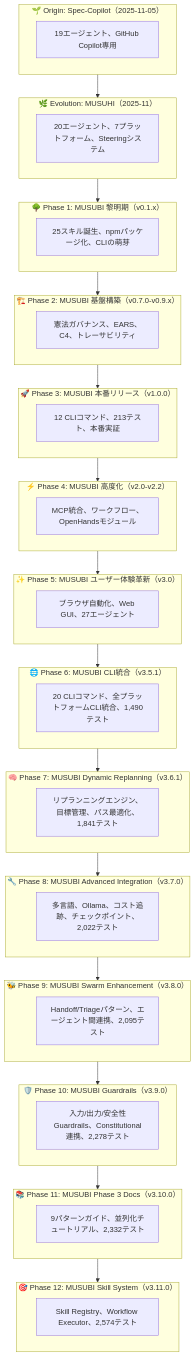
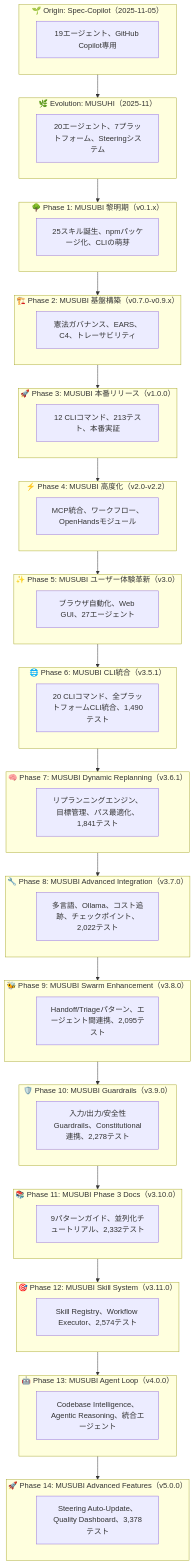
The seventh of 7 diagrams in docs/Qiita/MUSUBI-Complete-Evolution-History.md (nahisaho/MUSUBI), drawn with Mermaid before and after one commit. The commit also changed other lines of this file and 2 other files, not shown here.

````diff
--- a/docs/Qiita/MUSUBI-Complete-Evolution-History.md
+++ b/docs/Qiita/MUSUBI-Complete-Evolution-History.md
@@ -2256,46 +2286,52 @@
 ```mermaid
 flowchart TB
     subgraph Origin["🌱 Origin: Spec-Copilot（2025-11-05）"]
         O1["19エージェント、GitHub Copilot専用"]
     end
     subgraph Evolution["🌿 Evolution: MUSUHI（2025-11）"]
         E1["20エージェント、7プラットフォーム、Steeringシステム"]
     end
     subgraph Phase1["🌳 Phase 1: MUSUBI 黎明期（v0.1.x）"]
         P1["25スキル誕生、npmパッケージ化、CLIの萌芽"]
     end
     subgraph Phase2["🏗️ Phase 2: MUSUBI 基盤構築（v0.7.0-v0.9.x）"]
         P2["憲法ガバナンス、EARS、C4、トレーサビリティ"]
     end
     subgraph Phase3["🚀 Phase 3: MUSUBI 本番リリース（v1.0.0）"]
         P3["12 CLIコマンド、213テスト、本番実証"]
     end
     subgraph Phase4["⚡ Phase 4: MUSUBI 高度化（v2.0-v2.2）"]
         P4["MCP統合、ワークフロー、OpenHandsモジュール"]
     end
     subgraph Phase5["✨ Phase 5: MUSUBI ユーザー体験革新（v3.0）"]
         P5["ブラウザ自動化、Web GUI、27エージェント"]
     end
     subgraph Phase6["🌐 Phase 6: MUSUBI CLI統合（v3.5.1）"]
         P6["20 CLIコマンド、全プラットフォームCLI統合、1,490テスト"]
     end
     subgraph Phase7["🧠 Phase 7: MUSUBI Dynamic Replanning（v3.6.1）"]
         P7["リプランニングエンジン、目標管理、パス最適化、1,841テスト"]
     end
     subgraph Phase8["🔧 Phase 8: MUSUBI Advanced Integration（v3.7.0）"]
         P8["多言語、Ollama、コスト追跡、チェックポイント、2,022テスト"]
     end
     subgraph Phase9["🐝 Phase 9: MUSUBI Swarm Enhancement（v3.8.0）"]
         P9["Handoff/Triageパターン、エージェント間連携、2,095テスト"]
     end
     subgraph Phase10["🛡️ Phase 10: MUSUBI Guardrails（v3.9.0）"]
         P10["入力/出力/安全性Guardrails、Constitutional連携、2,278テスト"]
     end
     subgraph Phase11["📚 Phase 11: MUSUBI Phase 3 Docs（v3.10.0）"]
         P11["9パターンガイド、並列化チュートリアル、2,332テスト"]
     end
     subgraph Phase12["🎯 Phase 12: MUSUBI Skill System（v3.11.0）"]
         P12["Skill Registry、Workflow Executor、2,574テスト"]
     end
-    Origin --> Evolution --> Phase1 --> Phase2 --> Phase3 --> Phase4 --> Phase5 --> Phase6 --> Phase7 --> Phase8 --> Phase9 --> Phase10 --> Phase11 --> Phase12
+    subgraph Phase13["🤖 Phase 13: MUSUBI Agent Loop（v4.0.0）"]
+        P13["Codebase Intelligence、Agentic Reasoning、統合エージェント"]
+    end
+    subgraph Phase14["🚀 Phase 14: MUSUBI Advanced Features（v5.0.0）"]
+        P14["Steering Auto-Update、Quality Dashboard、3,378テスト"]
+    end
+    Origin --> Evolution --> Phase1 --> Phase2 --> Phase3 --> Phase4 --> Phase5 --> Phase6 --> Phase7 --> Phase8 --> Phase9 --> Phase10 --> Phase11 --> Phase12 --> Phase13 --> Phase14
 ```
````
